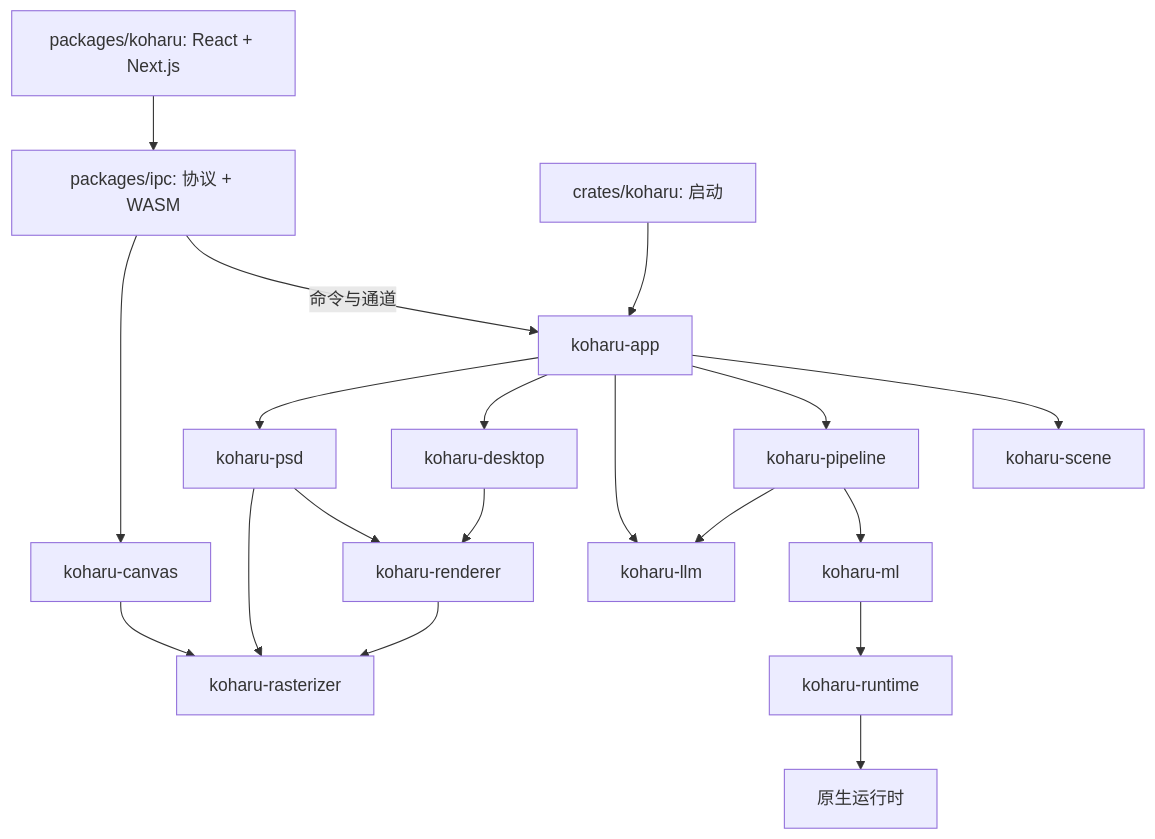
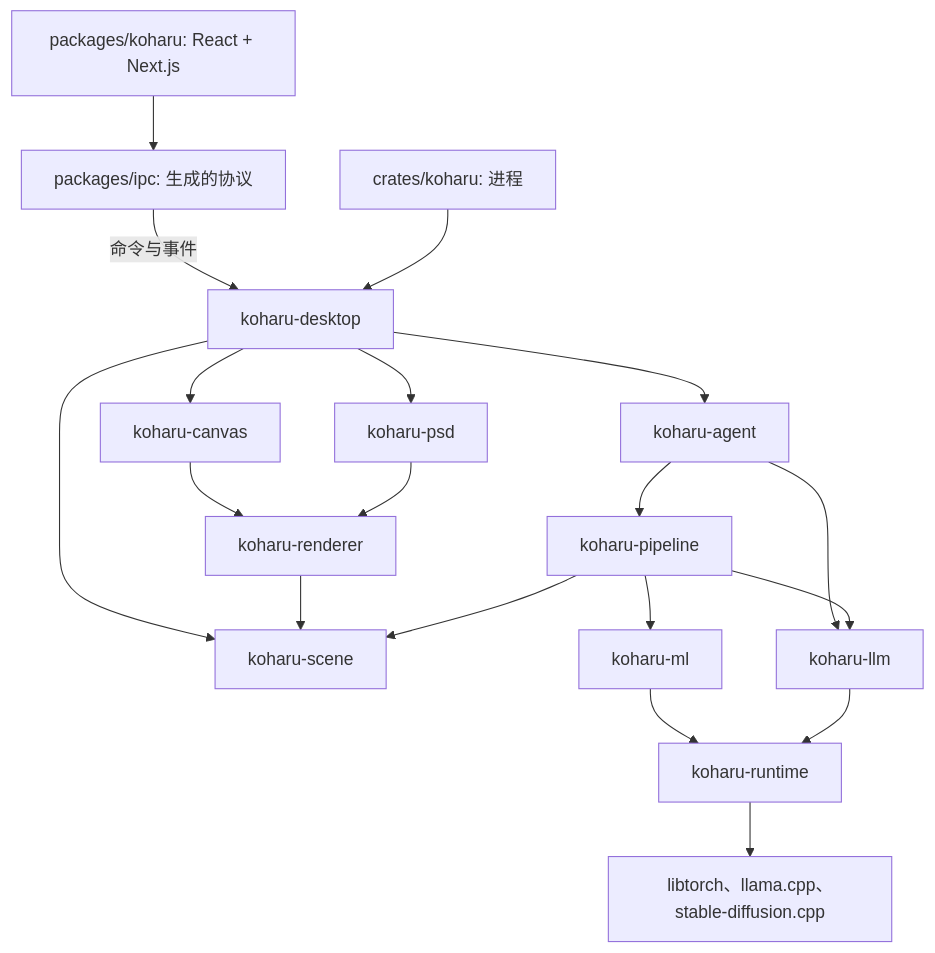
Before and after one commit to Endymi0n74/Koharu: the diagram in packages/docs/zh/development/architecture.mdx, drawn with Mermaid. The commit also changed other lines of this file and 75 other files, not shown here.

````diff
--- a/packages/docs/zh/development/architecture.mdx
+++ b/packages/docs/zh/development/architecture.mdx
@@ -9,14 +9,18 @@
 ```mermaid
 flowchart TB
-  ui["packages/koharu: React + Next.js"] --> ipc["packages/ipc: 协议 + WASM"]
-  entry["crates/koharu: 启动"] --> app["koharu-app"]
-  ipc -->|"命令与通道"| app
-  app --> scene["koharu-scene"]
-  app --> pipeline["koharu-pipeline"] --> ml["koharu-ml"] --> runtime["koharu-runtime"] --> native["原生运行时"]
-  app --> llm["koharu-llm"]
+  ui["packages/koharu: React + Next.js"] --> ipc["packages/ipc: 生成的协议"]
+  ipc -->|"命令与事件"| desktop["koharu-desktop"]
+  entry["crates/koharu: 进程"] --> desktop
+  desktop --> canvas["koharu-canvas"] --> renderer["koharu-renderer"]
+  desktop --> psd["koharu-psd"] --> renderer
+  desktop --> agent["koharu-agent"]
+  desktop --> scene["koharu-scene"]
+  agent --> pipeline["koharu-pipeline"]
+  agent --> llm["koharu-llm"]
   pipeline --> llm
-  app --> desktop["koharu-desktop"] --> renderer["koharu-renderer"] --> rasterizer["koharu-rasterizer"]
-  ipc --> canvas["koharu-canvas"] --> rasterizer
-  app --> psd["koharu-psd"] --> renderer
-  psd --> rasterizer
+  pipeline --> ml["koharu-ml"] --> runtime["koharu-runtime"]
+  llm --> runtime
+  renderer --> scene
+  pipeline --> scene
+  runtime --> native["libtorch、llama.cpp、stable-diffusion.cpp"]
 ```
````
